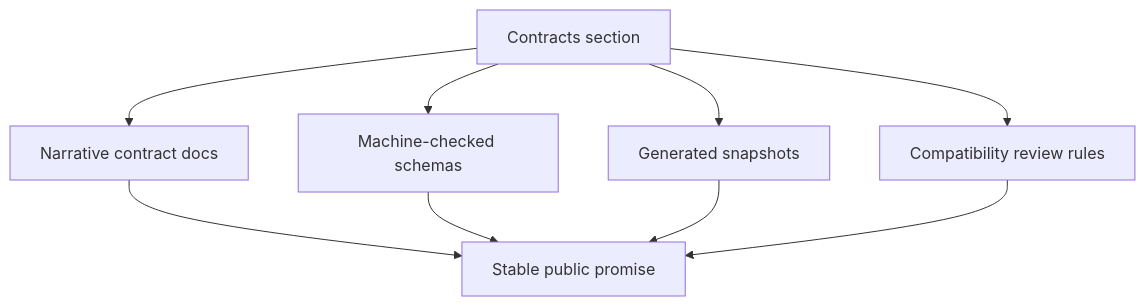
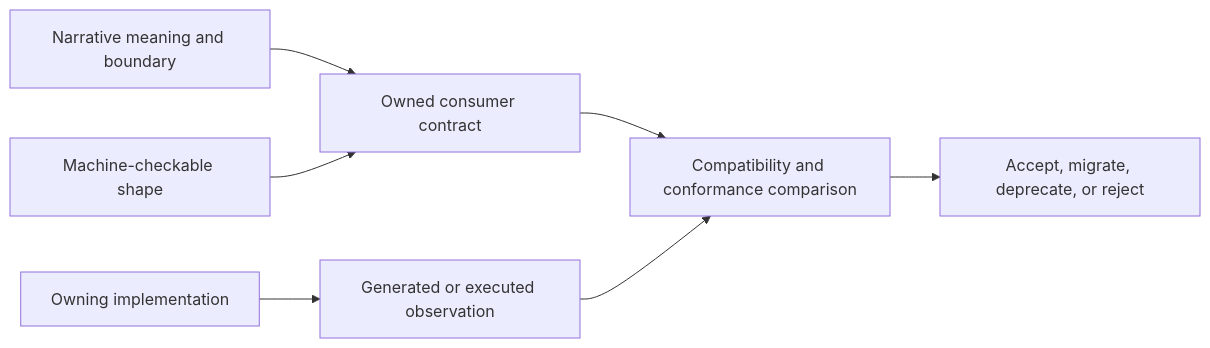
One commit to bijux/bijux-atlas changed the diagram in docs/bijux-atlas/contracts/index.md. Above: the diagram before and after it, drawn with Mermaid. The commit also changed other lines of this file and 2 other files, not shown here.

Commit message:
docs(contracts): define compatibility and validation strength

````diff
--- a/docs/bijux-atlas/contracts/index.md
+++ b/docs/bijux-atlas/contracts/index.md
@@ -15,11 +17,9 @@
 ```mermaid
-flowchart TD
-    Contracts[Contracts section] --> Narrative[Narrative contract docs]
-    Contracts --> Schemas[Machine-checked schemas]
-    Contracts --> Snapshots[Generated snapshots]
-    Contracts --> Review[Compatibility review rules]
-    Narrative --> Promise[Stable public promise]
-    Schemas --> Promise
-    Snapshots --> Promise
-    Review --> Promise
+flowchart LR
+    Meaning[Narrative meaning and boundary] --> Contract[Owned consumer contract]
+    Schema[Machine-checkable shape] --> Contract
+    Implementation[Owning implementation] --> Observed[Generated or executed observation]
+    Contract --> Compare[Compatibility and conformance comparison]
+    Observed --> Compare
+    Compare --> Decision[Accept, migrate, deprecate, or reject]
 ```
````
